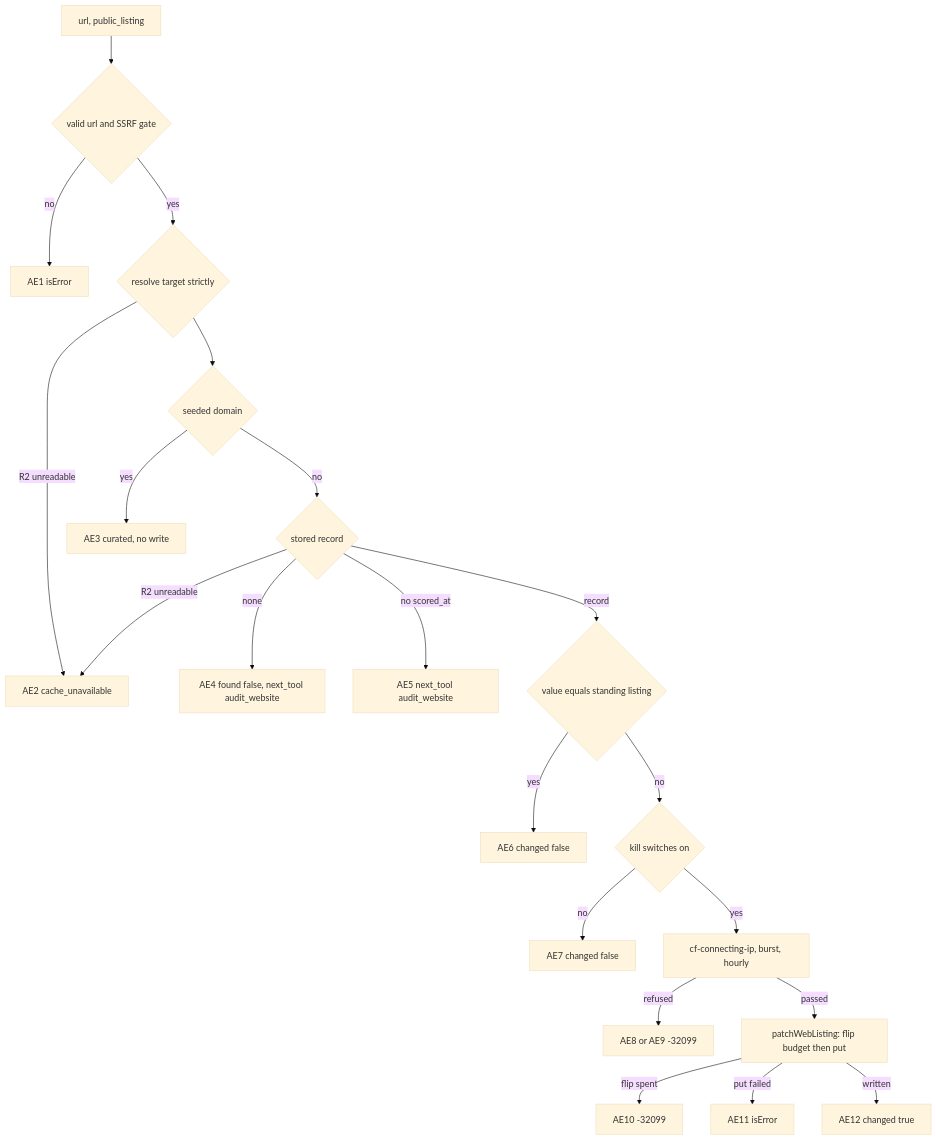
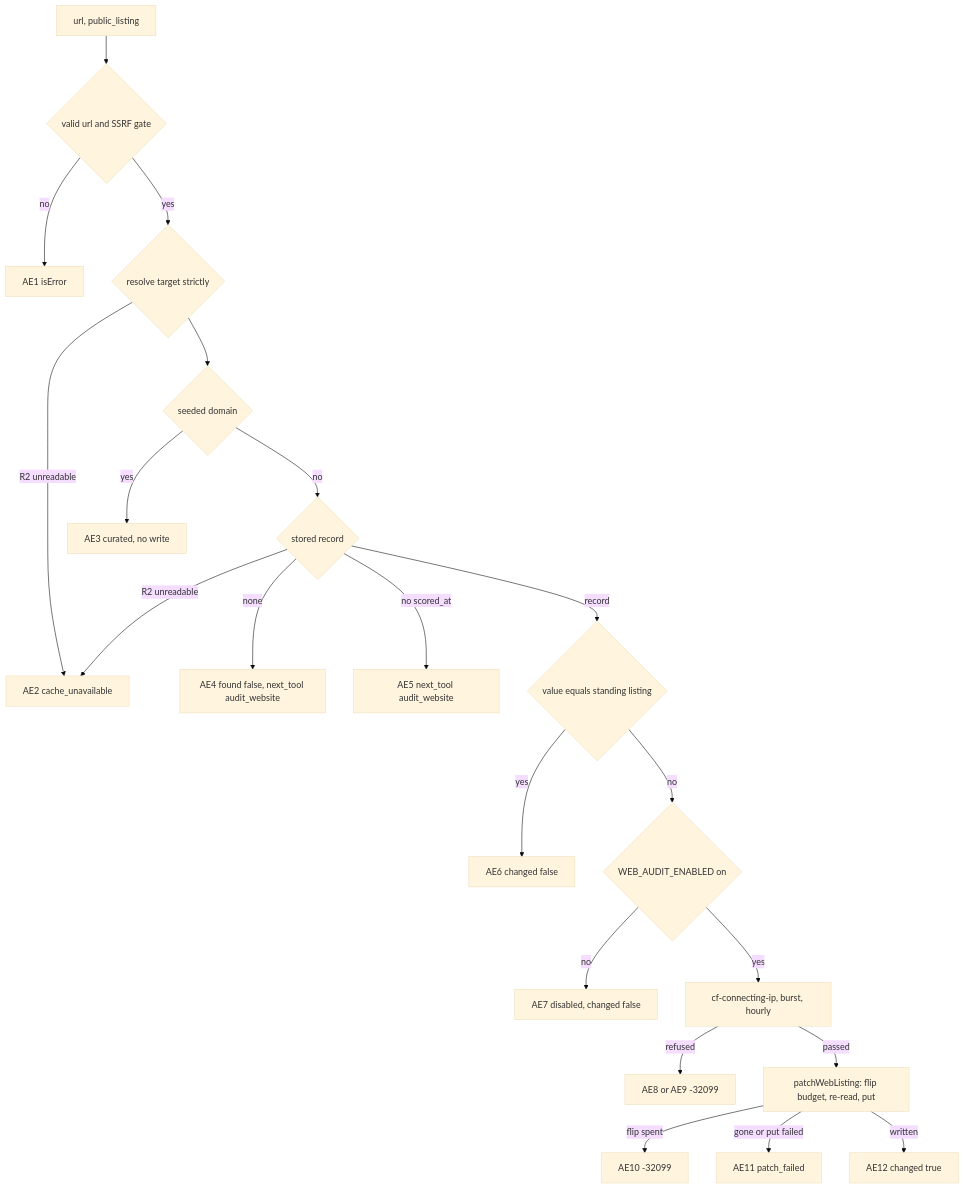
Before and after one commit to brettdavies/agentnative-site: the first of 3 diagrams in docs/plans/2026-11-11-1414-feat-mcp-website-listing-tool-plan.md, drawn with Mermaid (base theme). The commit also changed other lines of this file, not shown here.

First line of the commit message:
docs(plans): fold the eng and devex plan reviews into the listing-tool plan

````diff
--- a/docs/plans/2026-11-11-1414-feat-mcp-website-listing-tool-plan.md
+++ b/docs/plans/2026-11-11-1414-feat-mcp-website-listing-tool-plan.md
@@ -168,23 +176,23 @@
 ```mermaid
 flowchart TB
   A[url, public_listing] --> B{valid url and SSRF gate}
   B -->|no| E1[AE1 isError]
   B -->|yes| C{resolve target strictly}
   C -->|R2 unreadable| E2[AE2 cache_unavailable]
   C --> D{seeded domain}
   D -->|yes| R3[AE3 curated, no write]
   D -->|no| F{stored record}
   F -->|R2 unreadable| E2
   F -->|none| R4[AE4 found false, next_tool audit_website]
   F -->|no scored_at| R5[AE5 next_tool audit_website]
   F -->|record| G{value equals standing listing}
   G -->|yes| R6[AE6 changed false]
-  G -->|no| H{kill switches on}
-  H -->|no| R7[AE7 changed false]
+  G -->|no| H{WEB_AUDIT_ENABLED on}
+  H -->|no| R7[AE7 disabled, changed false]
   H -->|yes| I[cf-connecting-ip, burst, hourly]
   I -->|refused| R8[AE8 or AE9 -32099]
-  I -->|passed| J[patchWebListing: flip budget then put]
+  I -->|passed| J[patchWebListing: flip budget, re-read, put]
   J -->|flip spent| R10[AE10 -32099]
-  J -->|put failed| R11[AE11 isError]
+  J -->|gone or put failed| R11[AE11 patch_failed]
   J -->|written| R12[AE12 changed true]
 ```
````
